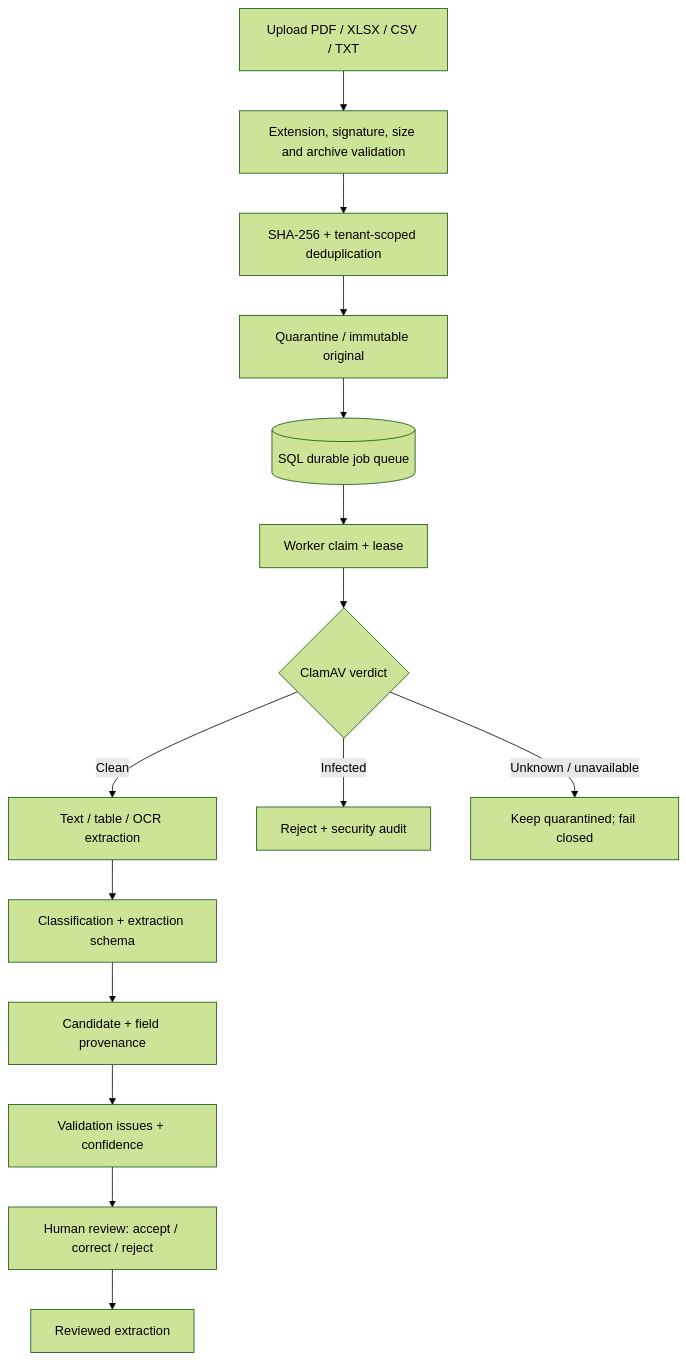
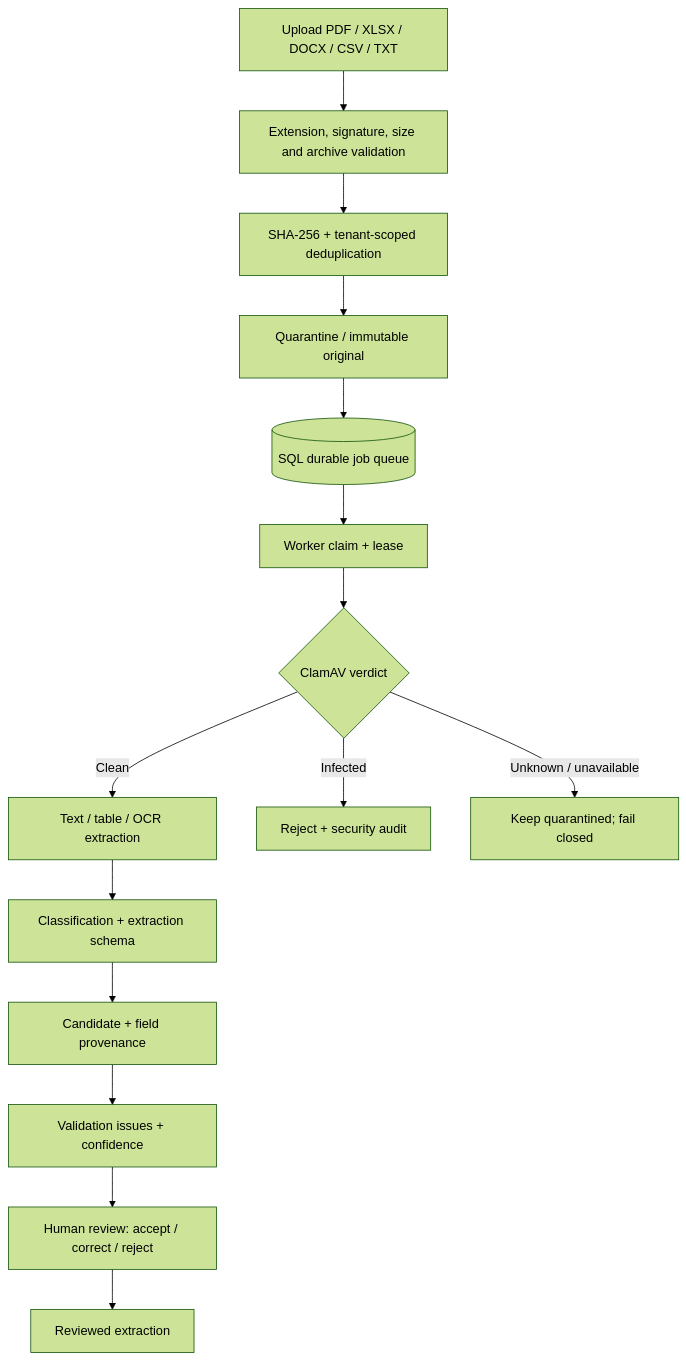
One commit to Nang0559/FVN_REGISTER01 changed the second of 3 diagrams in docs/AI_PLATFORM_ARCHITECTURE.md. Above: the diagram before and after it, drawn with Mermaid (forest theme). The commit also changed other lines of this file, not shown here.

Commit message:
docs(ai): make platform architecture module-neutral and phase aligned

````diff
--- a/docs/AI_PLATFORM_ARCHITECTURE.md
+++ b/docs/AI_PLATFORM_ARCHITECTURE.md
@@ -100,17 +105,17 @@
 ```mermaid
 flowchart TD
-  U["Upload PDF / XLSX / CSV / TXT"] --> V["Extension, signature, size and archive validation"]
+  U["Upload PDF / XLSX / DOCX / CSV / TXT"] --> V["Extension, signature, size and archive validation"]
   V --> H["SHA-256 + tenant-scoped deduplication"]
   H --> S["Quarantine / immutable original"]
   S --> J[("SQL durable job queue")]
   J --> L["Worker claim + lease"]
   L --> AV{"ClamAV verdict"}
   AV -->|"Clean"| P["Text / table / OCR extraction"]
   AV -->|"Infected"| BAD["Reject + security audit"]
   AV -->|"Unknown / unavailable"| HOLD["Keep quarantined; fail closed"]
   P --> CL["Classification + extraction schema"]
   CL --> C["Candidate + field provenance"]
   C --> R["Validation issues + confidence"]
   R --> HR["Human review: accept / correct / reject"]
   HR --> DONE["Reviewed extraction"]
 ```
````
